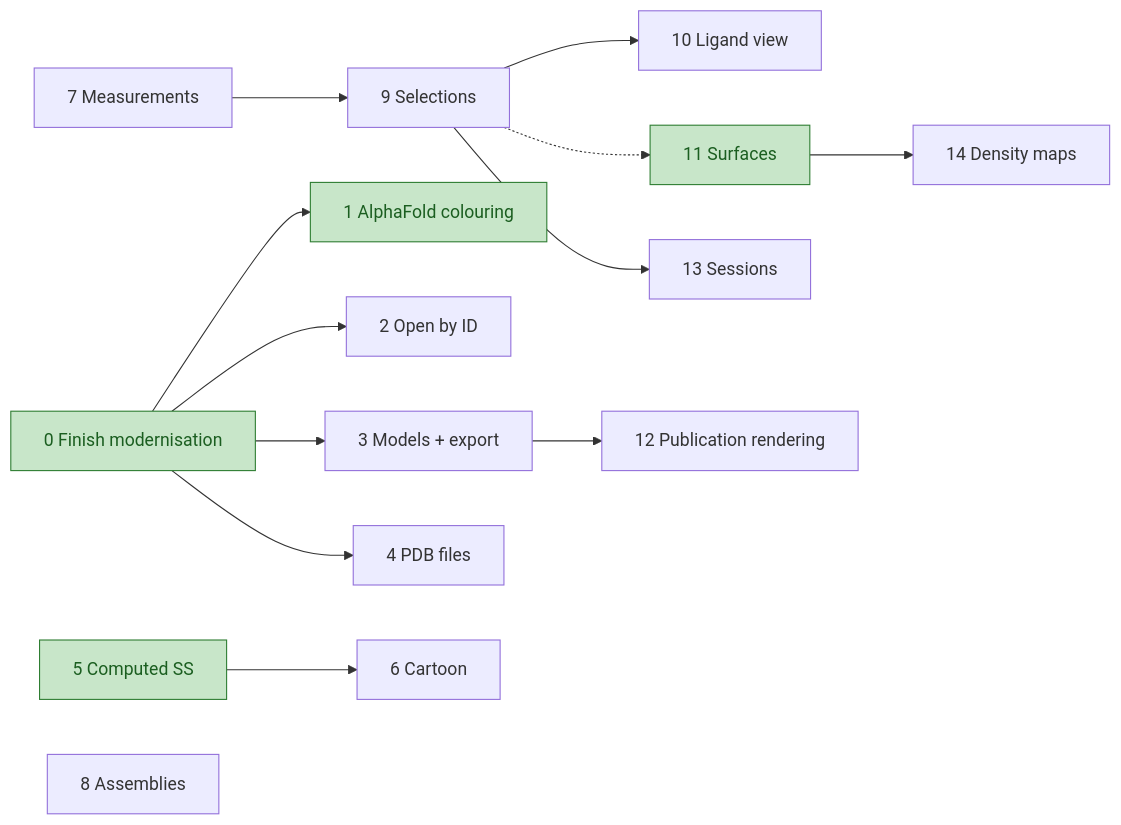
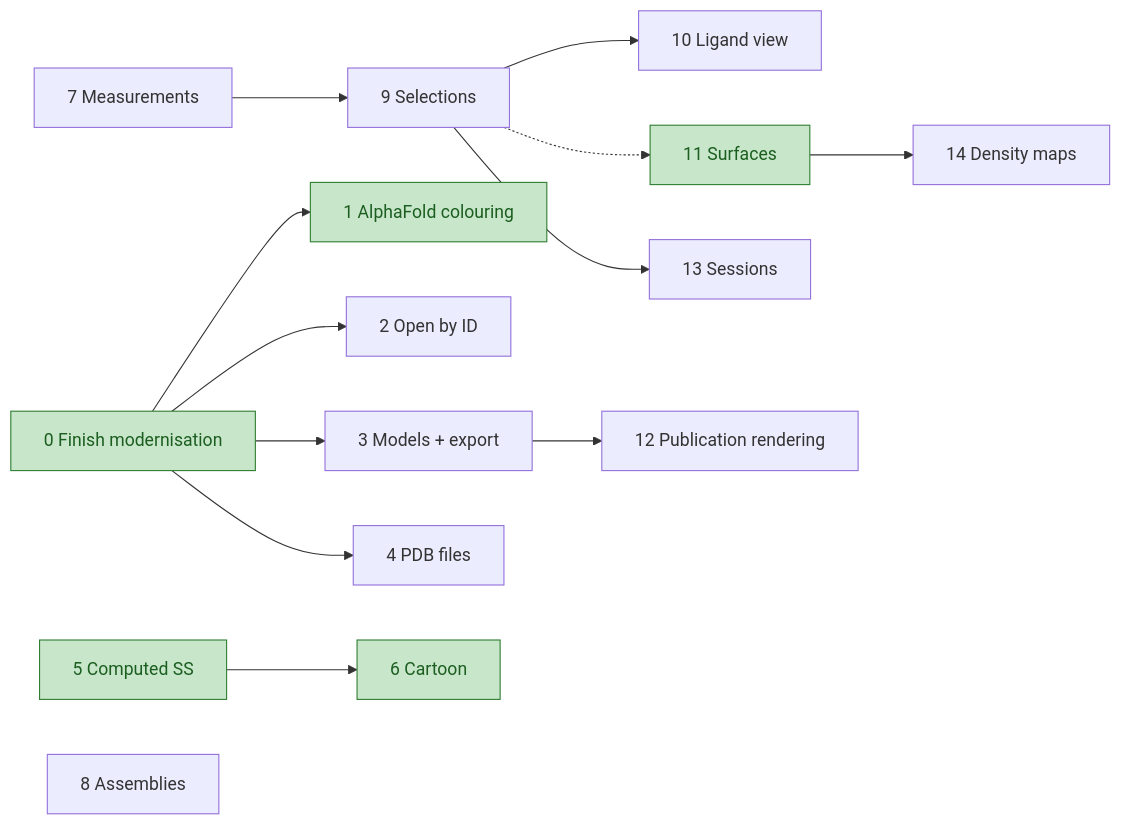
Before and after one commit to PorridgeBear/jmvs: the diagram in docs/roadmap.md, drawn with Mermaid. The commit also changed other lines of this file and 28 other files, not shown here.

````diff
--- a/docs/roadmap.md
+++ b/docs/roadmap.md
@@ -37,19 +37,19 @@
 ```mermaid
 flowchart LR
     S0[0 Finish modernisation] --> S1[1 AlphaFold colouring]
     S0 --> S2[2 Open by ID]
     S0 --> S3[3 Models + export]
     S0 --> S4[4 PDB files]
     S5[5 Computed SS] --> S6[6 Cartoon]
     S7[7 Measurements] --> S9[9 Selections]
     S9 --> S10[10 Ligand view]
     S9 -.-> S11[11 Surfaces]
     S9 --> S13[13 Sessions]
     S3 --> S12[12 Publication rendering]
     S11 --> S14[14 Density maps]
     S8[8 Assemblies]
 
     classDef done fill:#c8e6c9,stroke:#2e7d32,color:#1b5e20
     classDef inProgress fill:#fff3c4,stroke:#f9a825,color:#5d4000
-    class S0,S1,S5,S11 done
+    class S0,S1,S5,S6,S11 done
 ```
````
